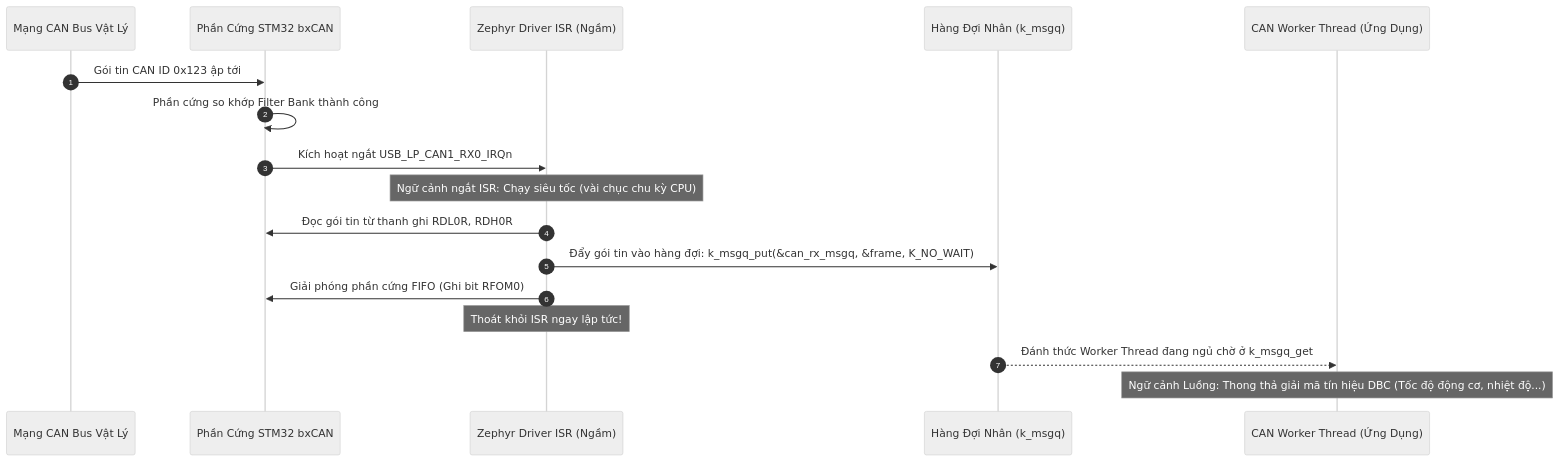
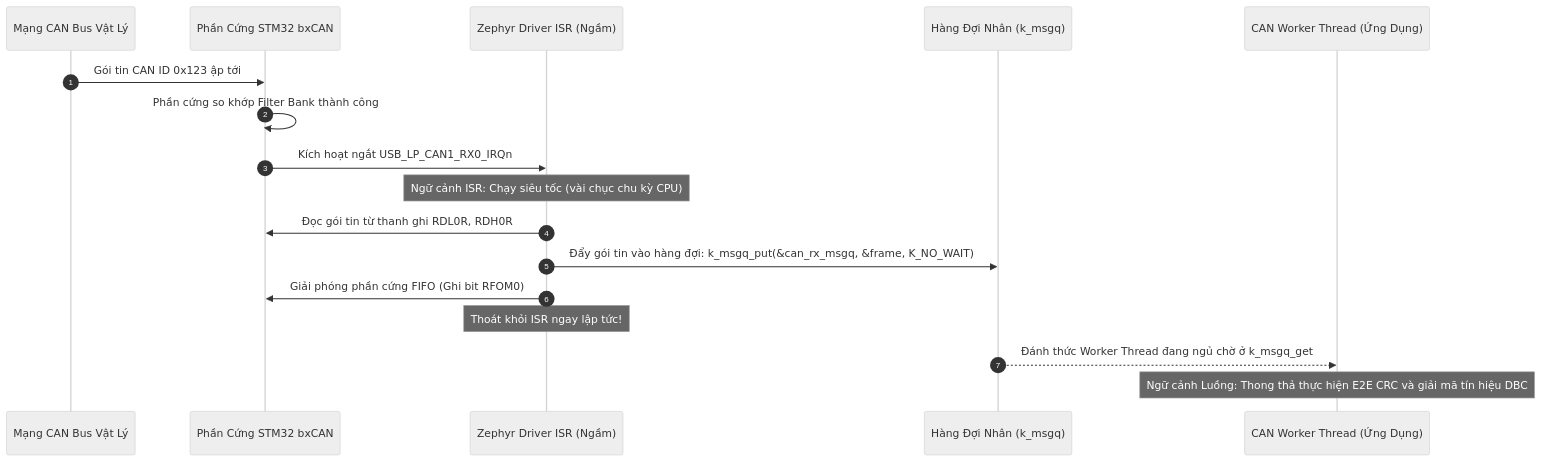
One commit to HuynhTran112/source changed the first of 2 diagrams in day08_learning_guide.md. Above: the diagram before and after it, drawn with Mermaid (neutral theme). The commit also changed other lines of this file and 5 other files, not shown here.

````diff
--- a/day08_learning_guide.md
+++ b/day08_learning_guide.md
@@ -60,20 +52,20 @@
 ```mermaid
 sequenceDiagram
     autonumber
     participant Bus as Mạng CAN Bus Vật Lý
     participant HW as Phần Cứng STM32 bxCAN
     participant ISR as Zephyr Driver ISR (Ngầm)
     participant Q as Hàng Đợi Nhân (k_msgq)
     participant Th as CAN Worker Thread (Ứng Dụng)
 
     Bus->>HW: Gói tin CAN ID 0x123 ập tới
     HW->>HW: Phần cứng so khớp Filter Bank thành công
     HW->>ISR: Kích hoạt ngắt USB_LP_CAN1_RX0_IRQn
-    Note over ISR: Ngữ cảnh ngắt ISR: Chạy siêu tốc (vài chục chu kỳ CPU)
+    Note over ISR: Ngữ cảnh ISR: Chạy siêu tốc (vài chục chu kỳ CPU)
     ISR->>HW: Đọc gói tin từ thanh ghi RDL0R, RDH0R
     ISR->>Q: Đẩy gói tin vào hàng đợi: k_msgq_put(&can_rx_msgq, &frame, K_NO_WAIT)
     ISR->>HW: Giải phóng phần cứng FIFO (Ghi bit RFOM0)
     Note over ISR: Thoát khỏi ISR ngay lập tức!
     Q-->>Th: Đánh thức Worker Thread đang ngủ chờ ở k_msgq_get
-    Note over Th: Ngữ cảnh Luồng: Thong thả giải mã tín hiệu DBC (Tốc độ động cơ, nhiệt độ...)
+    Note over Th: Ngữ cảnh Luồng: Thong thả thực hiện E2E CRC và giải mã tín hiệu DBC
 ```
````
